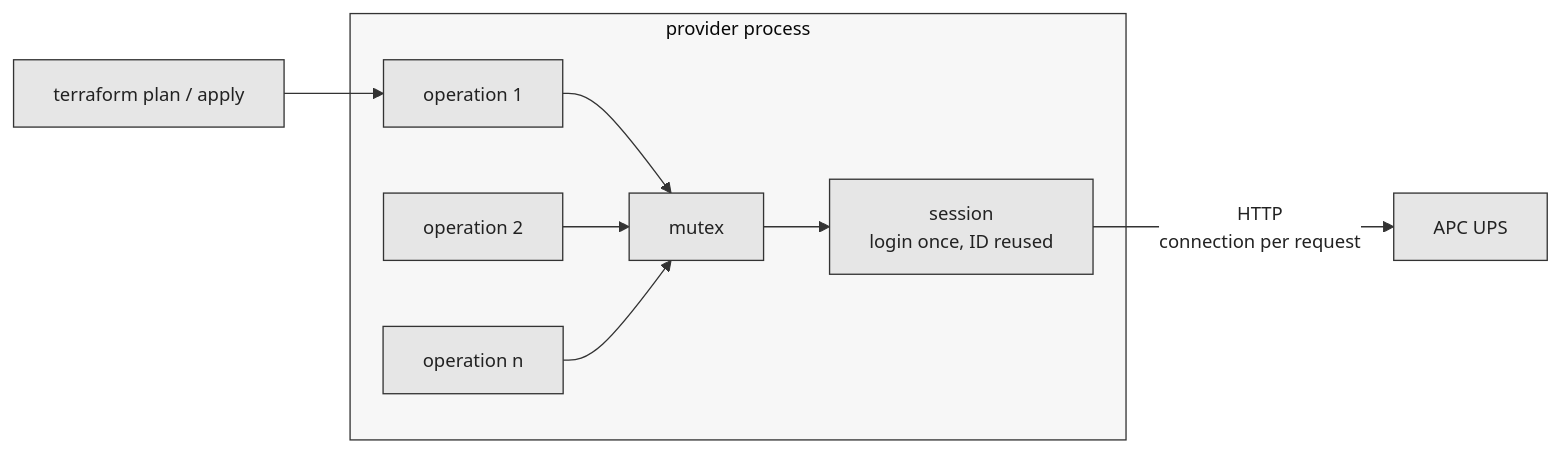
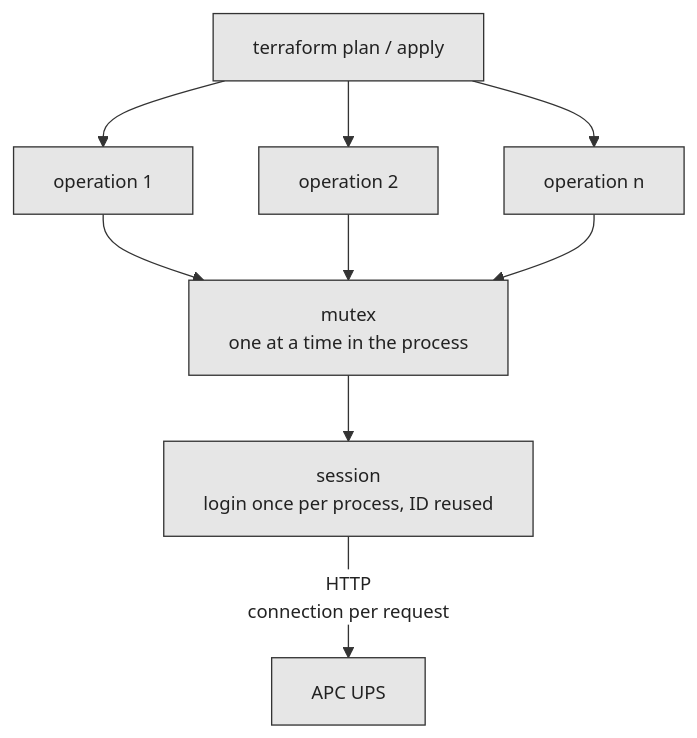
Before and after one commit to usabarashi/blog: the diagram in diagrams/2026-02-22-terraform-provider-apc-session.mmd, drawn with Mermaid. The commit also changed 9 other files, not shown here.

First line of the commit message:
Refactor diagrams and update documentation for homelab secrets and Terraform provider

```diff
--- a/diagrams/2026-02-22-terraform-provider-apc-session.mmd
+++ b/diagrams/2026-02-22-terraform-provider-apc-session.mmd
@@ -1,10 +1,17 @@
 %%{init: {"theme": "base", "themeVariables": {"fontFamily": "system-ui, -apple-system, Hiragino Sans, sans-serif", "fontSize": "14px", "primaryColor": "#e6e6e6", "primaryBorderColor": "#333333", "primaryTextColor": "#222222", "lineColor": "#333333", "clusterBkg": "#f7f7f7", "clusterBorder": "#333333", "edgeLabelBackground": "#ffffff", "tertiaryColor": "#f7f7f7"}, "flowchart": {"wrappingWidth": 400}}}%%
-flowchart LR
-    subgraph P["provider process"]
-        O1["operation 1"] --> M["mutex"]
-        O2["operation 2"] --> M
-        O3["operation n"] --> M
-        M --> S["session<br/>login once, ID reused"]
-    end
-    T["terraform plan / apply"] --> O1
-    S -->|"HTTP<br/>connection per request"| U["APC UPS"]
+flowchart TB
+    T["terraform plan / apply"]
+    O1["operation 1"]
+    O2["operation 2"]
+    O3["operation n"]
+    M["mutex<br/>one at a time in the process"]
+    S["session<br/>login once per process, ID reused"]
+    U["APC UPS"]
+    T --> O1
+    T --> O2
+    T --> O3
+    O1 --> M
+    O2 --> M
+    O3 --> M
+    M --> S
+    S -->|"HTTP<br/>connection per request"| U
```
